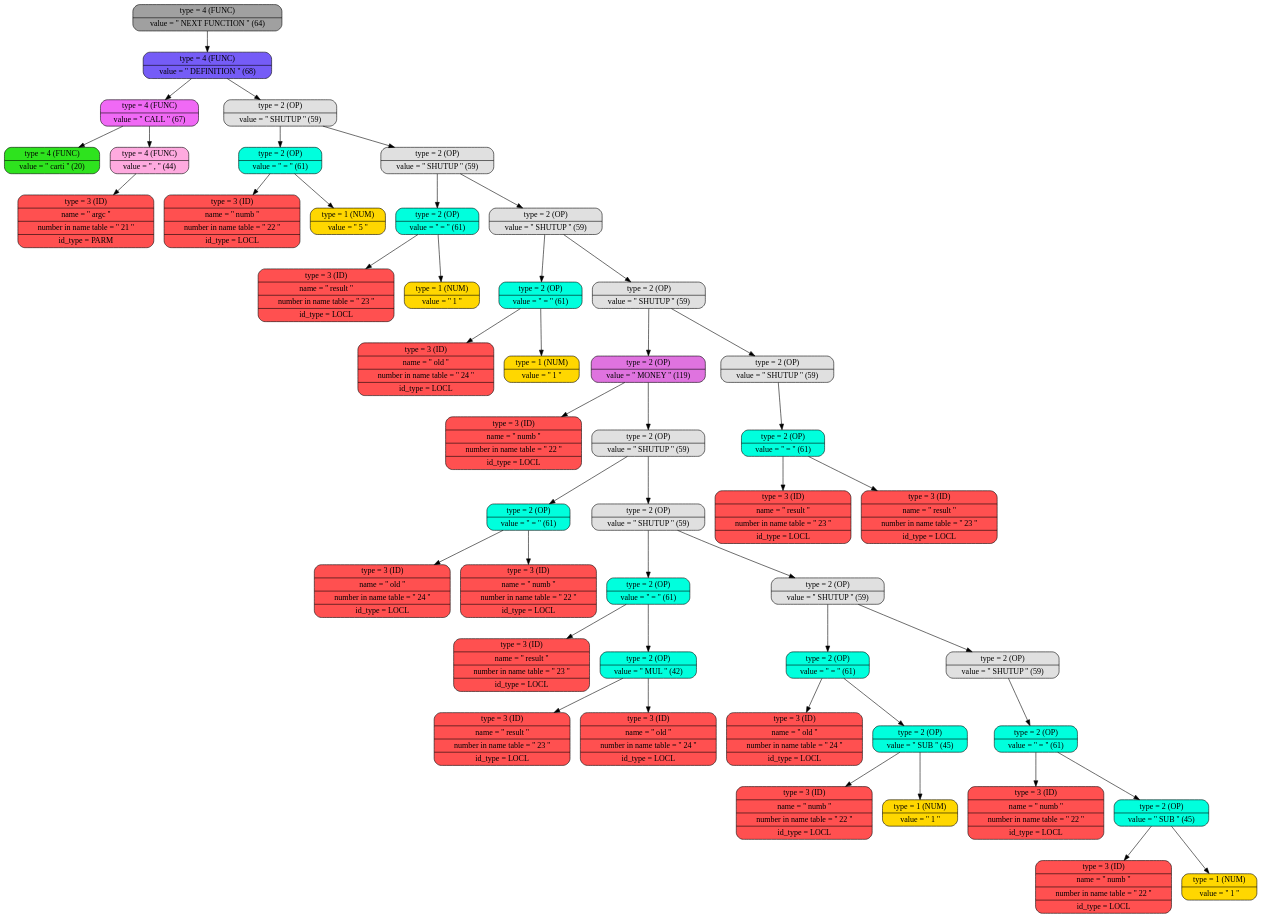
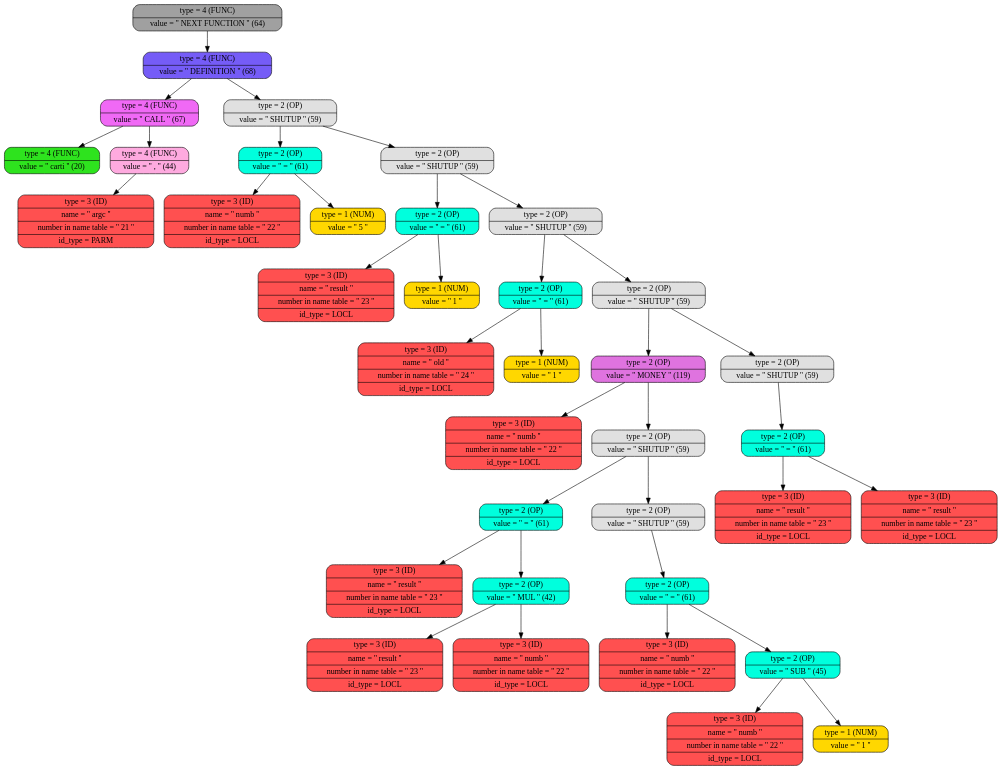
The diagram in log/graph_tree.dot (daniilgriga/MyProgrammingLanguage), drawn with Graphviz before and after one commit. The commit also changed 9 other files, not shown here.

```diff
--- a/log/graph_tree.dot
+++ b/log/graph_tree.dot
@@ -1,98 +1,78 @@
 digraph
 {
 bgcolor="transparent"
-node0x5030000008e0 [shape=Mrecord; label = " { type = 4 (FUNC) | value = '' NEXT FUNCTION ''  (64) }"; style = filled; fillcolor = "#A0A0A0"];
-node0x5030000008e0 -> node0x5030000008b0;
-node0x5030000008b0 [shape=Mrecord; label = " { type = 4 (FUNC) | value = '' DEFINITION ''  (68) }"; style = filled; fillcolor = "#755CF7"];
-node0x5030000008b0 -> node0x5030000000d0;
-node0x5030000008b0 -> node0x503000000190;
+node0x503000000700 [shape=Mrecord; label = " { type = 4 (FUNC) | value = '' NEXT FUNCTION ''  (64) }"; style = filled; fillcolor = "#A0A0A0"];
+node0x503000000700 -> node0x5030000006d0;
+node0x5030000006d0 [shape=Mrecord; label = " { type = 4 (FUNC) | value = '' DEFINITION ''  (68) }"; style = filled; fillcolor = "#755CF7"];
+node0x5030000006d0 -> node0x5030000000d0;
+node0x5030000006d0 -> node0x503000000190;
 node0x5030000000d0 [shape=Mrecord; label = " { type = 4 (FUNC) | value = '' CALL ''  (67) }"; style = filled; fillcolor = "#F069F5"];
 node0x5030000000d0 -> node0x503000000040;
 node0x5030000000d0 -> node0x5030000000a0;
 node0x503000000040 [shape=Mrecord; label = " { type = 4 (FUNC) | value = '' carti ''  (20) }"; style = filled; fillcolor = "#2EE31E"];
 node0x5030000000a0 [shape=Mrecord; label = " { type = 4 (FUNC) | value = '' , ''  (44) }"; style = filled; fillcolor = "#FEAADF"];
 node0x5030000000a0 -> node0x503000000070;
 node0x503000000070 [shape=Mrecord; label = " { type = 3 (ID)  | name = '' argc '' | number in name table = '' 21 '' | id_type = PARM }"; style = filled; fillcolor = "#FF5050"];
 node0x503000000190 [shape=Mrecord; label = " { type = 2 (OP)   | value = '' SHUTUP ''  (59) }"; style = filled; fillcolor = "#E0E0E0"];
 node0x503000000190 -> node0x503000000160;
 node0x503000000190 -> node0x503000000250;
 node0x503000000160 [shape=Mrecord; label = " { type = 2 (OP)   | value = '' = ''  (61) }"; style = filled; fillcolor = "#00FFDD"];
 node0x503000000160 -> node0x503000000100;
 node0x503000000160 -> node0x503000000130;
 node0x503000000100 [shape=Mrecord; label = " { type = 3 (ID)  | name = '' numb '' | number in name table = '' 22 '' | id_type = LOCL }"; style = filled; fillcolor = "#FF5050"];
 node0x503000000130 [shape=Mrecord; label = " { type = 1 (NUM)  | value = '' 5 '' }"; style = filled; fillcolor = "#FFD700"];
 node0x503000000250 [shape=Mrecord; label = " { type = 2 (OP)   | value = '' SHUTUP ''  (59) }"; style = filled; fillcolor = "#E0E0E0"];
 node0x503000000250 -> node0x503000000220;
 node0x503000000250 -> node0x503000000310;
 node0x503000000220 [shape=Mrecord; label = " { type = 2 (OP)   | value = '' = ''  (61) }"; style = filled; fillcolor = "#00FFDD"];
 node0x503000000220 -> node0x5030000001c0;
 node0x503000000220 -> node0x5030000001f0;
 node0x5030000001c0 [shape=Mrecord; label = " { type = 3 (ID)  | name = '' result '' | number in name table = '' 23 '' | id_type = LOCL }"; style = filled; fillcolor = "#FF5050"];
 node0x5030000001f0 [shape=Mrecord; label = " { type = 1 (NUM)  | value = '' 1 '' }"; style = filled; fillcolor = "#FFD700"];
 node0x503000000310 [shape=Mrecord; label = " { type = 2 (OP)   | value = '' SHUTUP ''  (59) }"; style = filled; fillcolor = "#E0E0E0"];
 node0x503000000310 -> node0x5030000002e0;
-node0x503000000310 -> node0x5030000007c0;
+node0x503000000310 -> node0x5030000005e0;
 node0x5030000002e0 [shape=Mrecord; label = " { type = 2 (OP)   | value = '' = ''  (61) }"; style = filled; fillcolor = "#00FFDD"];
 node0x5030000002e0 -> node0x503000000280;
 node0x5030000002e0 -> node0x5030000002b0;
 node0x503000000280 [shape=Mrecord; label = " { type = 3 (ID)  | name = '' old '' | number in name table = '' 24 '' | id_type = LOCL }"; style = filled; fillcolor = "#FF5050"];
 node0x5030000002b0 [shape=Mrecord; label = " { type = 1 (NUM)  | value = '' 1 '' }"; style = filled; fillcolor = "#FFD700"];
-node0x5030000007c0 [shape=Mrecord; label = " { type = 2 (OP)   | value = '' SHUTUP ''  (59) }"; style = filled; fillcolor = "#E0E0E0"];
-node0x5030000007c0 -> node0x503000000790;
-node0x5030000007c0 -> node0x503000000880;
-node0x503000000790 [shape=Mrecord; label = " { type = 2 (OP)   | value = '' MONEY ''  (119) }"; style = filled; fillcolor = "#DF73DF"];
-node0x503000000790 -> node0x503000000340;
-node0x503000000790 -> node0x503000000400;
+node0x5030000005e0 [shape=Mrecord; label = " { type = 2 (OP)   | value = '' SHUTUP ''  (59) }"; style = filled; fillcolor = "#E0E0E0"];
+node0x5030000005e0 -> node0x5030000005b0;
+node0x5030000005e0 -> node0x5030000006a0;
+node0x5030000005b0 [shape=Mrecord; label = " { type = 2 (OP)   | value = '' MONEY ''  (119) }"; style = filled; fillcolor = "#DF73DF"];
+node0x5030000005b0 -> node0x503000000340;
+node0x5030000005b0 -> node0x503000000460;
 node0x503000000340 [shape=Mrecord; label = " { type = 3 (ID)  | name = '' numb '' | number in name table = '' 22 '' | id_type = LOCL }"; style = filled; fillcolor = "#FF5050"];
-node0x503000000400 [shape=Mrecord; label = " { type = 2 (OP)   | value = '' SHUTUP ''  (59) }"; style = filled; fillcolor = "#E0E0E0"];
+node0x503000000460 [shape=Mrecord; label = " { type = 2 (OP)   | value = '' SHUTUP ''  (59) }"; style = filled; fillcolor = "#E0E0E0"];
+node0x503000000460 -> node0x503000000430;
+node0x503000000460 -> node0x503000000580;
+node0x503000000430 [shape=Mrecord; label = " { type = 2 (OP)   | value = '' = ''  (61) }"; style = filled; fillcolor = "#00FFDD"];
+node0x503000000430 -> node0x503000000370;
+node0x503000000430 -> node0x503000000400;
+node0x503000000370 [shape=Mrecord; label = " { type = 3 (ID)  | name = '' result '' | number in name table = '' 23 '' | id_type = LOCL }"; style = filled; fillcolor = "#FF5050"];
+node0x503000000400 [shape=Mrecord; label = " { type = 2 (OP)   | value = '' MUL ''  (42) }"; style = filled; fillcolor = "#00FFDD"];
+node0x503000000400 -> node0x5030000003a0;
 node0x503000000400 -> node0x5030000003d0;
-node0x503000000400 -> node0x503000000520;
-node0x5030000003d0 [shape=Mrecord; label = " { type = 2 (OP)   | value = '' = ''  (61) }"; style = filled; fillcolor = "#00FFDD"];
-node0x5030000003d0 -> node0x503000000370;
-node0x5030000003d0 -> node0x5030000003a0;
-node0x503000000370 [shape=Mrecord; label = " { type = 3 (ID)  | name = '' old '' | number in name table = '' 24 '' | id_type = LOCL }"; style = filled; fillcolor = "#FF5050"];
-node0x5030000003a0 [shape=Mrecord; label = " { type = 3 (ID)  | name = '' numb '' | number in name table = '' 22 '' | id_type = LOCL }"; style = filled; fillcolor = "#FF5050"];
-node0x503000000520 [shape=Mrecord; label = " { type = 2 (OP)   | value = '' SHUTUP ''  (59) }"; style = filled; fillcolor = "#E0E0E0"];
+node0x5030000003a0 [shape=Mrecord; label = " { type = 3 (ID)  | name = '' result '' | number in name table = '' 23 '' | id_type = LOCL }"; style = filled; fillcolor = "#FF5050"];
+node0x5030000003d0 [shape=Mrecord; label = " { type = 3 (ID)  | name = '' numb '' | number in name table = '' 22 '' | id_type = LOCL }"; style = filled; fillcolor = "#FF5050"];
+node0x503000000580 [shape=Mrecord; label = " { type = 2 (OP)   | value = '' SHUTUP ''  (59) }"; style = filled; fillcolor = "#E0E0E0"];
+node0x503000000580 -> node0x503000000550;
+node0x503000000550 [shape=Mrecord; label = " { type = 2 (OP)   | value = '' = ''  (61) }"; style = filled; fillcolor = "#00FFDD"];
+node0x503000000550 -> node0x503000000490;
+node0x503000000550 -> node0x503000000520;
+node0x503000000490 [shape=Mrecord; label = " { type = 3 (ID)  | name = '' numb '' | number in name table = '' 22 '' | id_type = LOCL }"; style = filled; fillcolor = "#FF5050"];
+node0x503000000520 [shape=Mrecord; label = " { type = 2 (OP)   | value = '' SUB ''  (45) }"; style = filled; fillcolor = "#00FFDD"];
+node0x503000000520 -> node0x5030000004c0;
 node0x503000000520 -> node0x5030000004f0;
-node0x503000000520 -> node0x503000000640;
-node0x5030000004f0 [shape=Mrecord; label = " { type = 2 (OP)   | value = '' = ''  (61) }"; style = filled; fillcolor = "#00FFDD"];
-node0x5030000004f0 -> node0x503000000430;
-node0x5030000004f0 -> node0x5030000004c0;
-node0x503000000430 [shape=Mrecord; label = " { type = 3 (ID)  | name = '' result '' | number in name table = '' 23 '' | id_type = LOCL }"; style = filled; fillcolor = "#FF5050"];
-node0x5030000004c0 [shape=Mrecord; label = " { type = 2 (OP)   | value = '' MUL ''  (42) }"; style = filled; fillcolor = "#00FFDD"];
-node0x5030000004c0 -> node0x503000000460;
-node0x5030000004c0 -> node0x503000000490;
-node0x503000000460 [shape=Mrecord; label = " { type = 3 (ID)  | name = '' result '' | number in name table = '' 23 '' | id_type = LOCL }"; style = filled; fillcolor = "#FF5050"];
-node0x503000000490 [shape=Mrecord; label = " { type = 3 (ID)  | name = '' old '' | number in name table = '' 24 '' | id_type = LOCL }"; style = filled; fillcolor = "#FF5050"];
-node0x503000000640 [shape=Mrecord; label = " { type = 2 (OP)   | value = '' SHUTUP ''  (59) }"; style = filled; fillcolor = "#E0E0E0"];
-node0x503000000640 -> node0x503000000610;
-node0x503000000640 -> node0x503000000760;
-node0x503000000610 [shape=Mrecord; label = " { type = 2 (OP)   | value = '' = ''  (61) }"; style = filled; fillcolor = "#00FFDD"];
-node0x503000000610 -> node0x503000000550;
-node0x503000000610 -> node0x5030000005e0;
-node0x503000000550 [shape=Mrecord; label = " { type = 3 (ID)  | name = '' old '' | number in name table = '' 24 '' | id_type = LOCL }"; style = filled; fillcolor = "#FF5050"];
-node0x5030000005e0 [shape=Mrecord; label = " { type = 2 (OP)   | value = '' SUB ''  (45) }"; style = filled; fillcolor = "#00FFDD"];
-node0x5030000005e0 -> node0x503000000580;
-node0x5030000005e0 -> node0x5030000005b0;
-node0x503000000580 [shape=Mrecord; label = " { type = 3 (ID)  | name = '' numb '' | number in name table = '' 22 '' | id_type = LOCL }"; style = filled; fillcolor = "#FF5050"];
-node0x5030000005b0 [shape=Mrecord; label = " { type = 1 (NUM)  | value = '' 1 '' }"; style = filled; fillcolor = "#FFD700"];
-node0x503000000760 [shape=Mrecord; label = " { type = 2 (OP)   | value = '' SHUTUP ''  (59) }"; style = filled; fillcolor = "#E0E0E0"];
-node0x503000000760 -> node0x503000000730;
-node0x503000000730 [shape=Mrecord; label = " { type = 2 (OP)   | value = '' = ''  (61) }"; style = filled; fillcolor = "#00FFDD"];
-node0x503000000730 -> node0x503000000670;
-node0x503000000730 -> node0x503000000700;
-node0x503000000670 [shape=Mrecord; label = " { type = 3 (ID)  | name = '' numb '' | number in name table = '' 22 '' | id_type = LOCL }"; style = filled; fillcolor = "#FF5050"];
-node0x503000000700 [shape=Mrecord; label = " { type = 2 (OP)   | value = '' SUB ''  (45) }"; style = filled; fillcolor = "#00FFDD"];
-node0x503000000700 -> node0x5030000006a0;
-node0x503000000700 -> node0x5030000006d0;
-node0x5030000006a0 [shape=Mrecord; label = " { type = 3 (ID)  | name = '' numb '' | number in name table = '' 22 '' | id_type = LOCL }"; style = filled; fillcolor = "#FF5050"];
-node0x5030000006d0 [shape=Mrecord; label = " { type = 1 (NUM)  | value = '' 1 '' }"; style = filled; fillcolor = "#FFD700"];
-node0x503000000880 [shape=Mrecord; label = " { type = 2 (OP)   | value = '' SHUTUP ''  (59) }"; style = filled; fillcolor = "#E0E0E0"];
-node0x503000000880 -> node0x503000000850;
-node0x503000000850 [shape=Mrecord; label = " { type = 2 (OP)   | value = '' = ''  (61) }"; style = filled; fillcolor = "#00FFDD"];
-node0x503000000850 -> node0x5030000007f0;
-node0x503000000850 -> node0x503000000820;
-node0x5030000007f0 [shape=Mrecord; label = " { type = 3 (ID)  | name = '' result '' | number in name table = '' 23 '' | id_type = LOCL }"; style = filled; fillcolor = "#FF5050"];
-node0x503000000820 [shape=Mrecord; label = " { type = 3 (ID)  | name = '' result '' | number in name table = '' 23 '' | id_type = LOCL }"; style = filled; fillcolor = "#FF5050"];
+node0x5030000004c0 [shape=Mrecord; label = " { type = 3 (ID)  | name = '' numb '' | number in name table = '' 22 '' | id_type = LOCL }"; style = filled; fillcolor = "#FF5050"];
+node0x5030000004f0 [shape=Mrecord; label = " { type = 1 (NUM)  | value = '' 1 '' }"; style = filled; fillcolor = "#FFD700"];
+node0x5030000006a0 [shape=Mrecord; label = " { type = 2 (OP)   | value = '' SHUTUP ''  (59) }"; style = filled; fillcolor = "#E0E0E0"];
+node0x5030000006a0 -> node0x503000000670;
+node0x503000000670 [shape=Mrecord; label = " { type = 2 (OP)   | value = '' = ''  (61) }"; style = filled; fillcolor = "#00FFDD"];
+node0x503000000670 -> node0x503000000610;
+node0x503000000670 -> node0x503000000640;
+node0x503000000610 [shape=Mrecord; label = " { type = 3 (ID)  | name = '' result '' | number in name table = '' 23 '' | id_type = LOCL }"; style = filled; fillcolor = "#FF5050"];
+node0x503000000640 [shape=Mrecord; label = " { type = 3 (ID)  | name = '' result '' | number in name table = '' 23 '' | id_type = LOCL }"; style = filled; fillcolor = "#FF5050"];
 
 }
```
